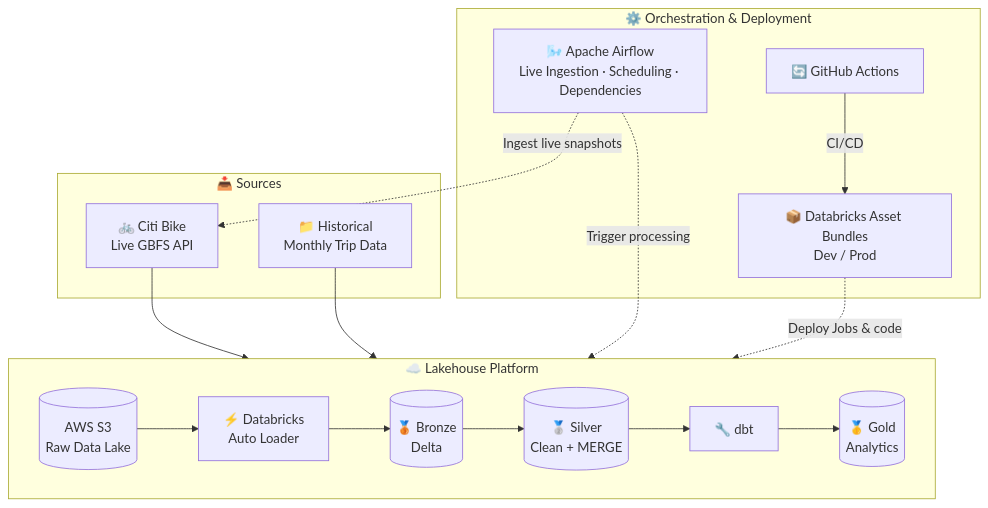
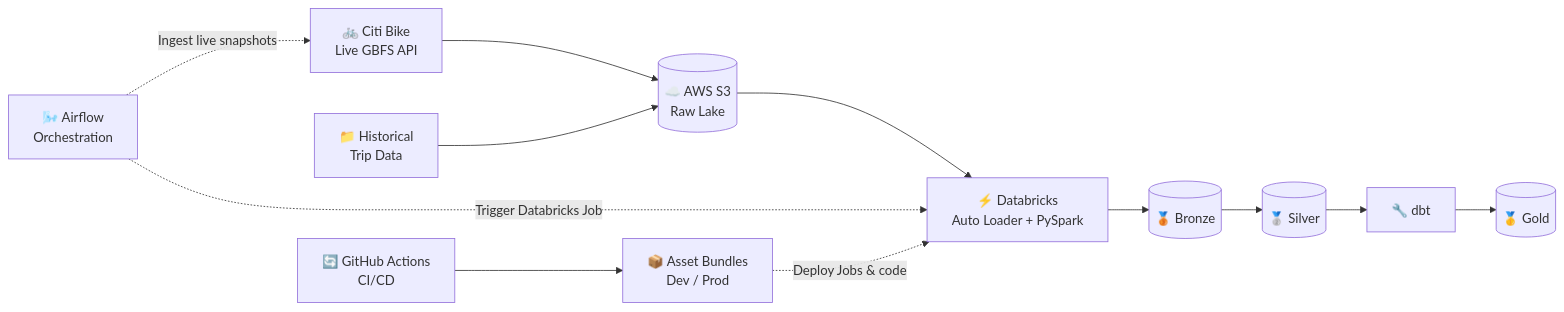
One commit to Tom0809/citibike-data-platform changed the first of 3 diagrams in README.md. Above: the diagram before and after it, drawn with Mermaid. The commit also changed other lines of this file, not shown here.

````diff
--- a/README.md
+++ b/README.md
@@ -13,34 +13,26 @@
 ```mermaid
-flowchart TB
+flowchart LR
 
-    subgraph CONTROL["⚙️ Orchestration & Deployment"]
-        AF["🌬️ Apache Airflow<br/>Live Ingestion · Scheduling · Dependencies"]
-        GHA["🔄 GitHub Actions"]
-        DAB["📦 Databricks Asset Bundles<br/>Dev / Prod"]
-        GHA -->|"CI/CD"| DAB
-    end
+    API["🚲 Citi Bike<br/>Live GBFS API"]
+    HIST["📁 Historical<br/>Trip Data"]
+    S3[("☁️ AWS S3<br/>Raw Lake")]
+    DBX["⚡ Databricks<br/>Auto Loader + PySpark"]
+    B[("🥉 Bronze")]
+    S[("🥈 Silver")]
+    DBT["🔧 dbt"]
+    G[("🥇 Gold")]
 
-    subgraph SOURCES["📥 Sources"]
-        LIVE["🚲 Citi Bike<br/>Live GBFS API"]
-        HIST["📁 Historical<br/>Monthly Trip Data"]
-    end
+    API --> S3
+    HIST --> S3
+    S3 --> DBX --> B --> S --> DBT --> G
 
-    subgraph PLATFORM["☁️ Lakehouse Platform"]
-        direction LR
-        S3[("AWS S3<br/>Raw Data Lake")]
-        AUTO["⚡ Databricks<br/>Auto Loader"]
-        BRONZE[("🥉 Bronze<br/>Delta")]
-        SILVER[("🥈 Silver<br/>Clean + MERGE")]
-        DBT["🔧 dbt"]
-        GOLD[("🥇 Gold<br/>Analytics")]
+    AF["🌬️ Airflow<br/>Orchestration"]
+    CICD["🔄 GitHub Actions<br/>CI/CD"]
+    DAB["📦 Asset Bundles<br/>Dev / Prod"]
 
-        S3 --> AUTO --> BRONZE --> SILVER --> DBT --> GOLD
-    end
+    AF -. "Ingest live snapshots" .-> API
+    AF -. "Trigger Databricks Job" .-> DBX
 
-    LIVE --> S3
-    HIST --> S3
-
-    AF -. "Ingest live snapshots" .-> LIVE
-    AF -. "Trigger processing" .-> AUTO
-    DAB -. "Deploy Jobs & code" .-> AUTO
+    CICD --> DAB
+    DAB -. "Deploy Jobs & code" .-> DBX
 ```
````
